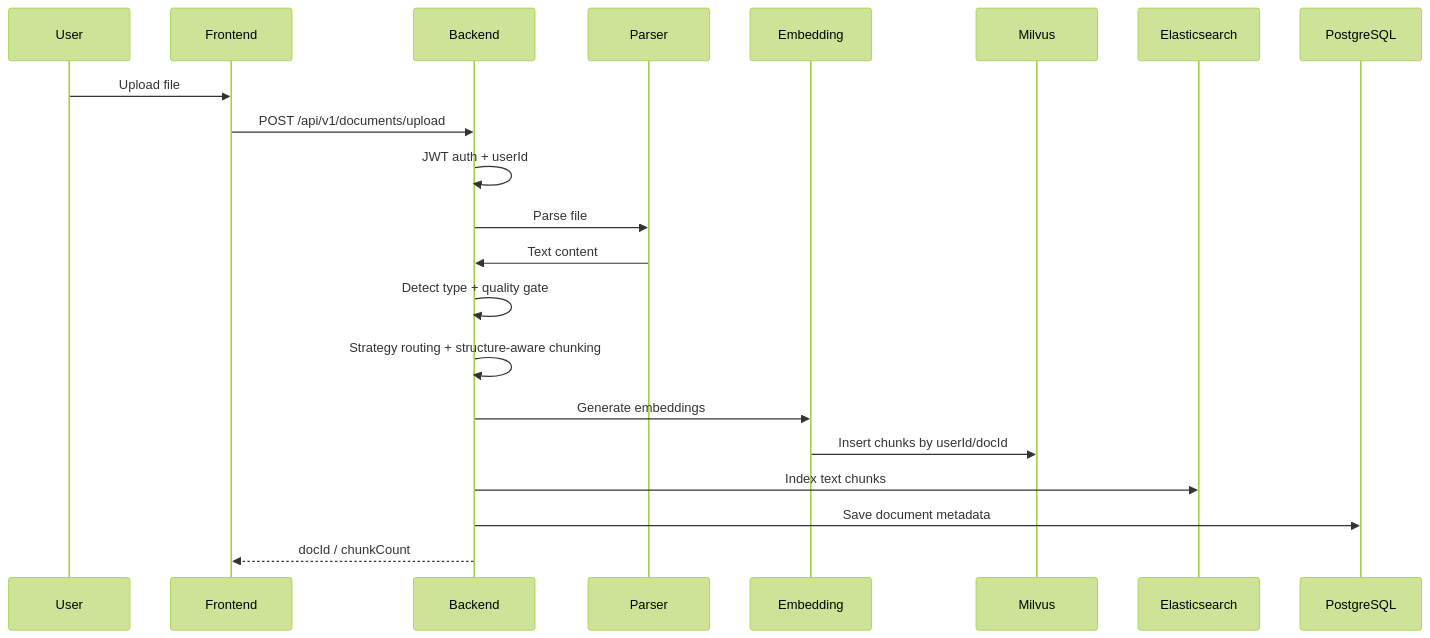
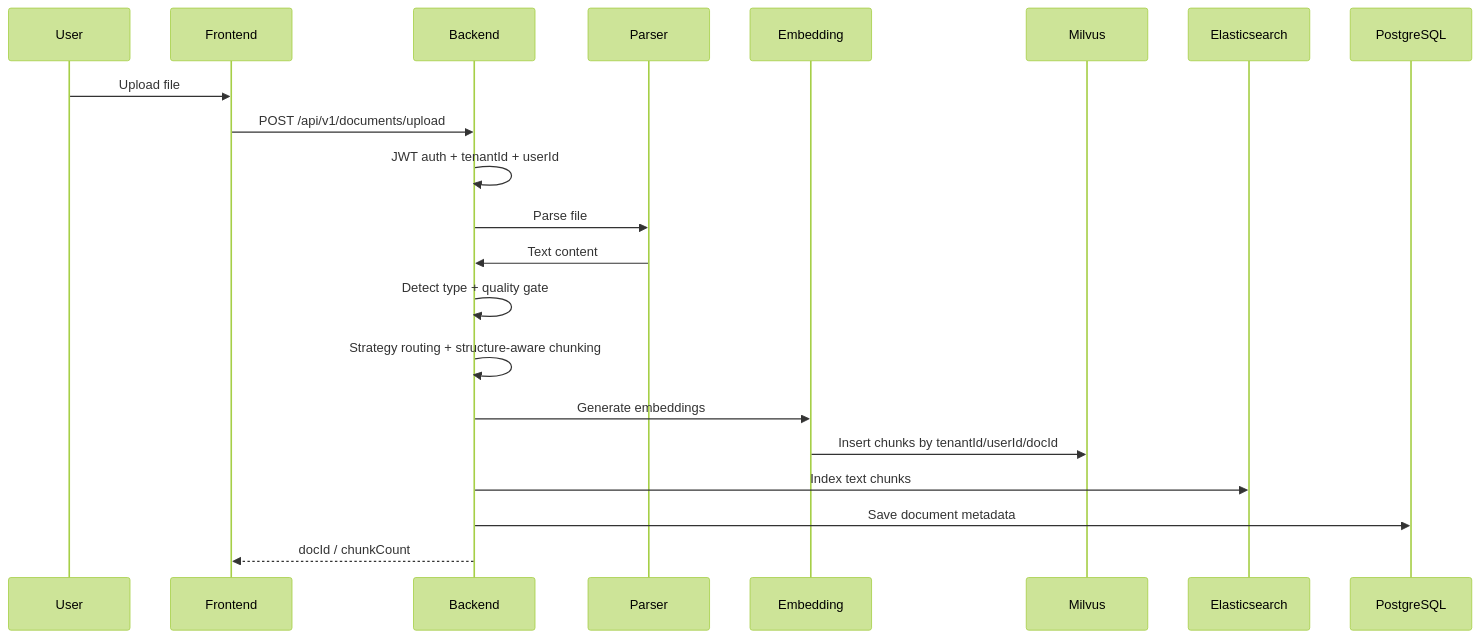
The second of 3 diagrams in docs/architecture/ARCHITECTURE.md (monstereatai/RAG), drawn with Mermaid (forest theme) before and after one commit. The commit also changed other lines of this file and 23 other files, not shown here.

Commit message:
refactor: 收敛 IAM 门禁并拆分图谱管理服务

````diff
--- a/docs/architecture/ARCHITECTURE.md
+++ b/docs/architecture/ARCHITECTURE.md
@@ -89,24 +89,24 @@
 ```mermaid
 sequenceDiagram
   participant U as User
   participant F as Frontend
   participant B as Backend
   participant P as Parser
   participant E as Embedding
   participant V as Milvus
   participant S as Elasticsearch
   participant D as PostgreSQL
 
   U->>F: Upload file
   F->>B: POST /api/v1/documents/upload
-  B->>B: JWT auth + userId
+  B->>B: JWT auth + tenantId + userId
   B->>P: Parse file
   P->>B: Text content
   B->>B: Detect type + quality gate
   B->>B: Strategy routing + structure-aware chunking
   B->>E: Generate embeddings
-  E->>V: Insert chunks by userId/docId
+  E->>V: Insert chunks by tenantId/userId/docId
   B->>S: Index text chunks
   B->>D: Save document metadata
   B-->>F: docId / chunkCount
 ```
````
